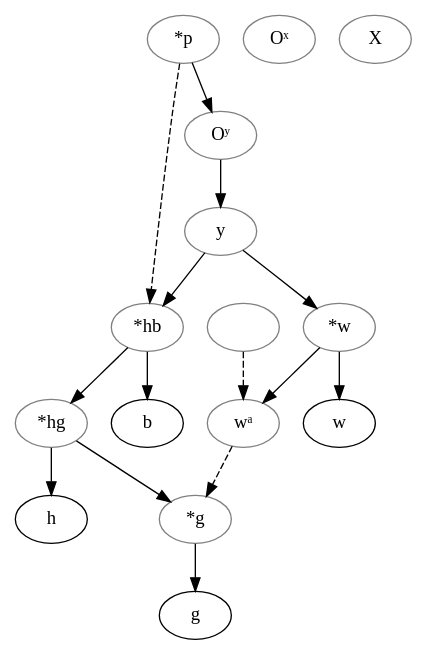
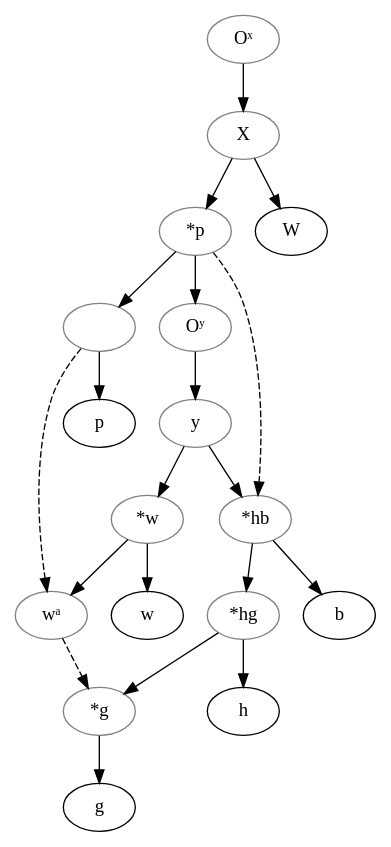
The diagram in data/gmh/Pfannmueller_1911_Heidin/stemma.gv (OpenStemmata/database), drawn with Graphviz before and after one commit.

Commit message:
Added lines deleted by mistake

```diff
--- a/data/gmh/Pfannmueller_1911_Heidin/stemma.gv
+++ b/data/gmh/Pfannmueller_1911_Heidin/stemma.gv
@@ -1,33 +1,37 @@
 digraph {
     wa [label="wᵃ", color="grey"]
     hb [label="*hb", color="grey"]
     hg [label="*hg", color="grey"]
     gstar [label="*g", color="grey"]
 
-
+    Ox -> X
+    X -> W
+    X -> Pstar
+    Pstar -> prep 
+    prep -> p  
     Pstar -> Oy # Shown dashed in the source, but it is not contamination. Oy is an extensive rewriting of *P, which creates a new version of the history. This kind of relationship is displayed with a dashed line, but does not correspond to any special category in the data model of Open Stemmata.
 
     Oy -> y
     y -> wstar
     wstar -> w
     y -> hb
     hb -> hg
     hg -> gstar
     gstar -> g
     hg -> h 
     hb -> b
 
     Pstar -> hb [style="dashed"]
     prep -> wa [style="dashed"]
 
     wstar -> wa # *w can be considered as the main source for wa and prep as a secondary influence.
     wa -> gstar [style="dashed"]
 
     Ox [label="Oˣ", color="grey"]
     X [label="X", color="grey"]
     Pstar [label="*p", color="grey"]
     prep [label="", color="grey"]
     Oy [label="Oʸ", color="grey"]
     y [color="grey"]
     wstar [label="*w", color="grey"]
 }
```
